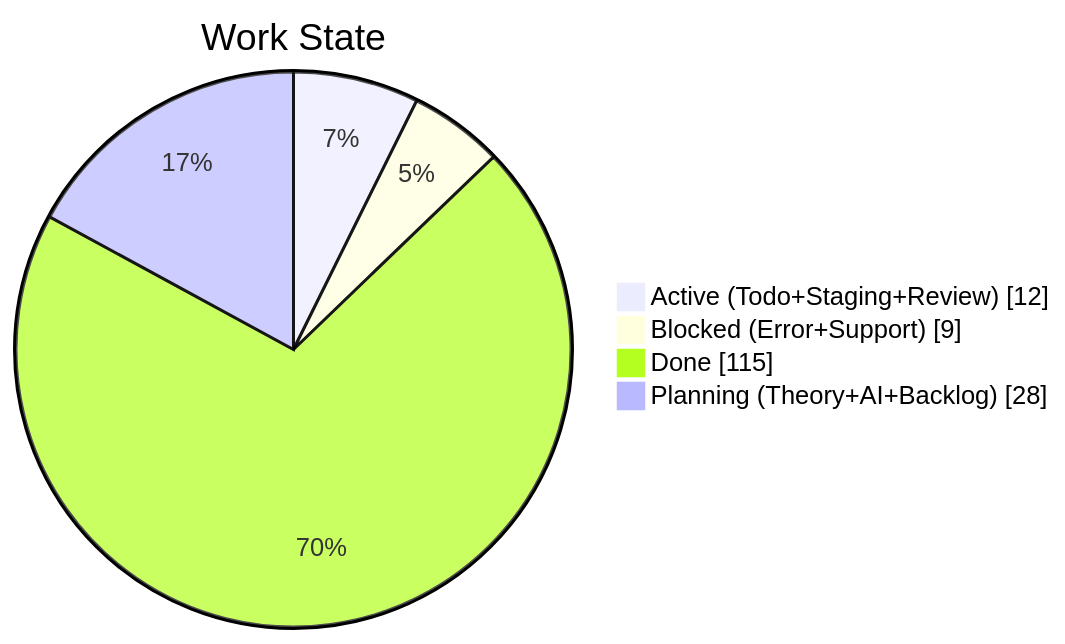
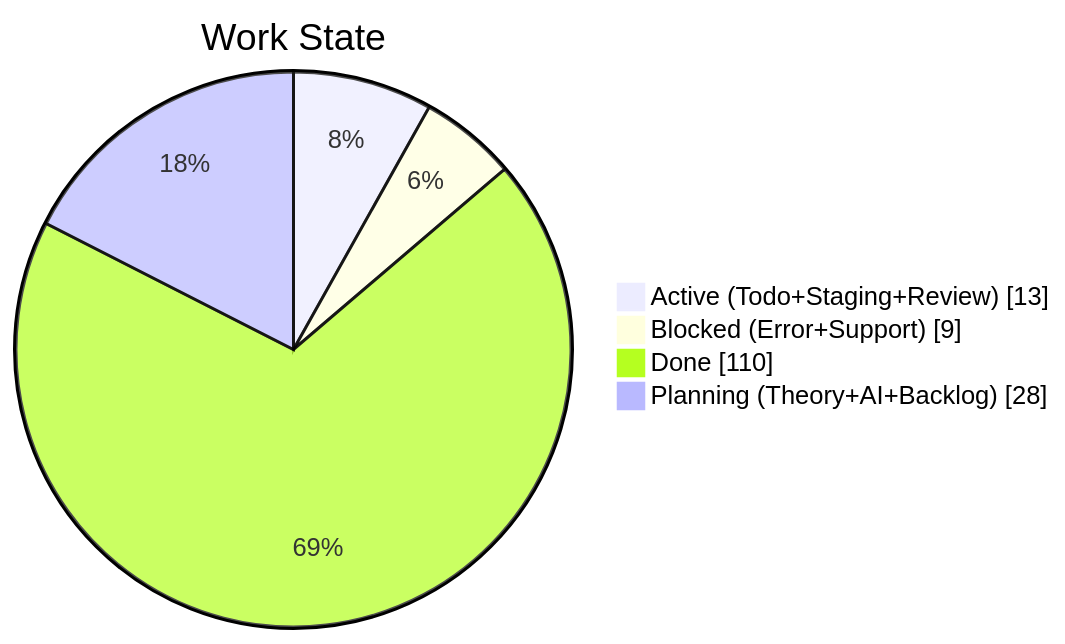
Before and after one commit to KBVE/kbve: the second of 4 diagrams in apps/kbve/astro-kbve/src/content/docs/dashboard/kanban-data.mdx, drawn with Mermaid. The commit also changed other lines of this file and 8 other files, not shown here.

````diff
--- a/apps/kbve/astro-kbve/src/content/docs/dashboard/kanban-data.mdx
+++ b/apps/kbve/astro-kbve/src/content/docs/dashboard/kanban-data.mdx
@@ -67,8 +68,8 @@
 ```mermaid
 pie showData
     title Work State
-    "Active (Todo+Staging+Review)" : 12
+    "Active (Todo+Staging+Review)" : 13
     "Blocked (Error+Support)" : 9
-    "Done" : 115
+    "Done" : 110
     "Planning (Theory+AI+Backlog)" : 28
 ```
````
